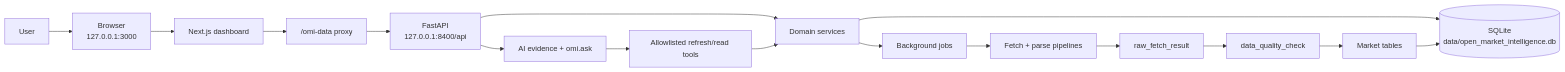
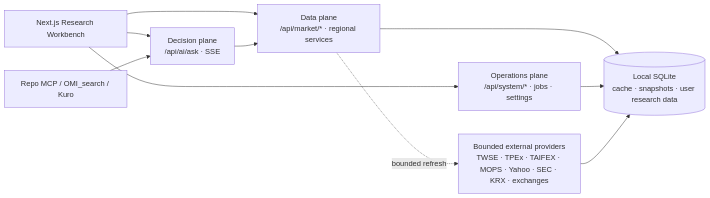
The diagram in README.md (lulu930128/open-market-intelligence), drawn with Mermaid before and after one commit. The commit also changed other lines of this file and 132 other files, not shown here.

First line of the commit message:
feat: unify decision and market evidence workflows

````diff
--- a/README.md
+++ b/README.md
@@ -282,21 +105,20 @@
 ```mermaid
 flowchart LR
-    user["User"] --> browser["Browser<br/>127.0.0.1:3000"]
-    browser --> next["Next.js dashboard"]
-    next --> proxy["/omi-data proxy"]
-    proxy --> api["FastAPI<br/>127.0.0.1:8400/api"]
+    UI["Next.js Research Workbench"]
+    MCP["Repo MCP / OMI_search / Kuro"]
+    AI["Decision plane<br/>/api/ai/ask · SSE"]
+    DATA["Data plane<br/>/api/market/* · regional services"]
+    OPS["Operations plane<br/>/api/system/* · jobs · settings"]
+    DB[("Local SQLite<br/>cache · snapshots · user research data")]
+    PROVIDERS["Bounded external providers<br/>TWSE · TPEx · TAIFEX · MOPS · Yahoo · SEC · KRX · exchanges"]
 
-    api --> services["Domain services"]
-    services --> db[("SQLite<br/>data/open_market_intelligence.db")]
-    services --> jobs["Background jobs"]
-    jobs --> fetch["Fetch + parse pipelines"]
-
-    fetch --> raw["raw_fetch_result"]
-    raw --> quality["data_quality_check"]
-    quality --> tables["Market tables"]
-    tables --> db
-
-    api --> ai["AI evidence + omi.ask"]
-    ai --> tools["Allowlisted refresh/read tools"]
-    tools --> services
+    UI --> AI
+    UI --> DATA
+    UI --> OPS
+    MCP --> AI
+    AI --> DATA
+    DATA --> DB
+    OPS --> DB
+    DATA -. bounded refresh .-> PROVIDERS
+    PROVIDERS --> DB
 ```
````
